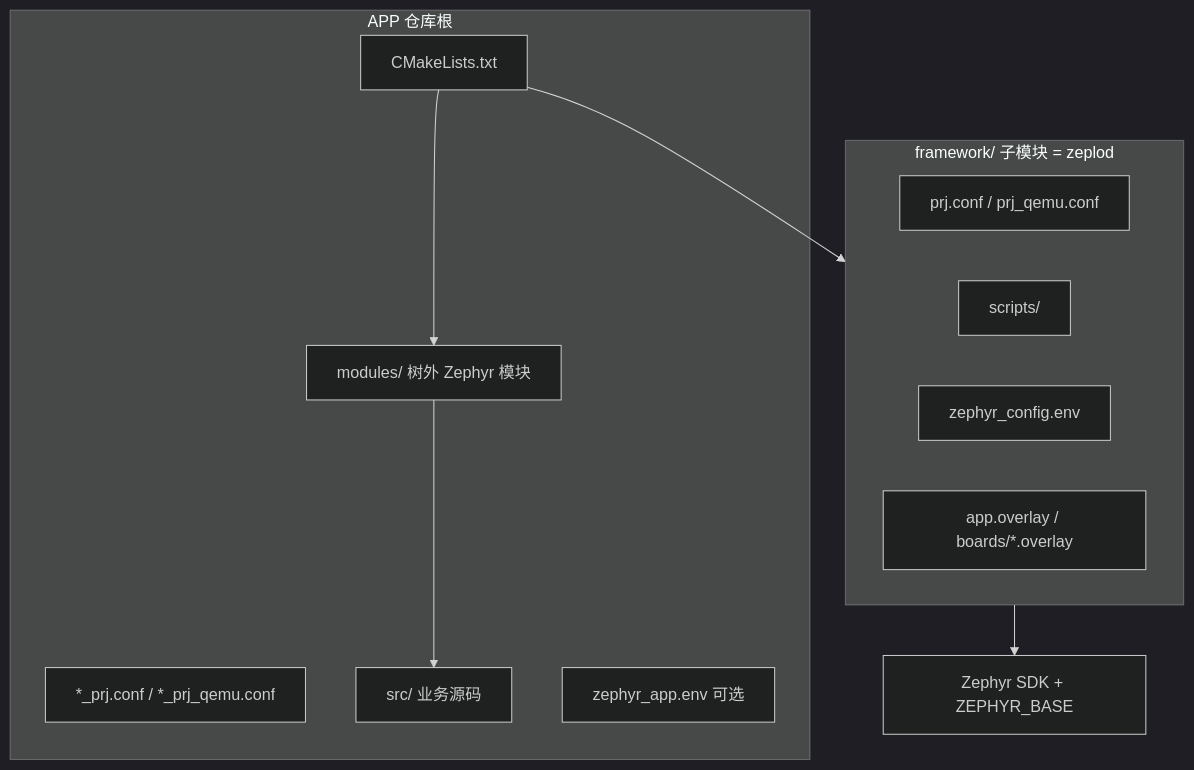
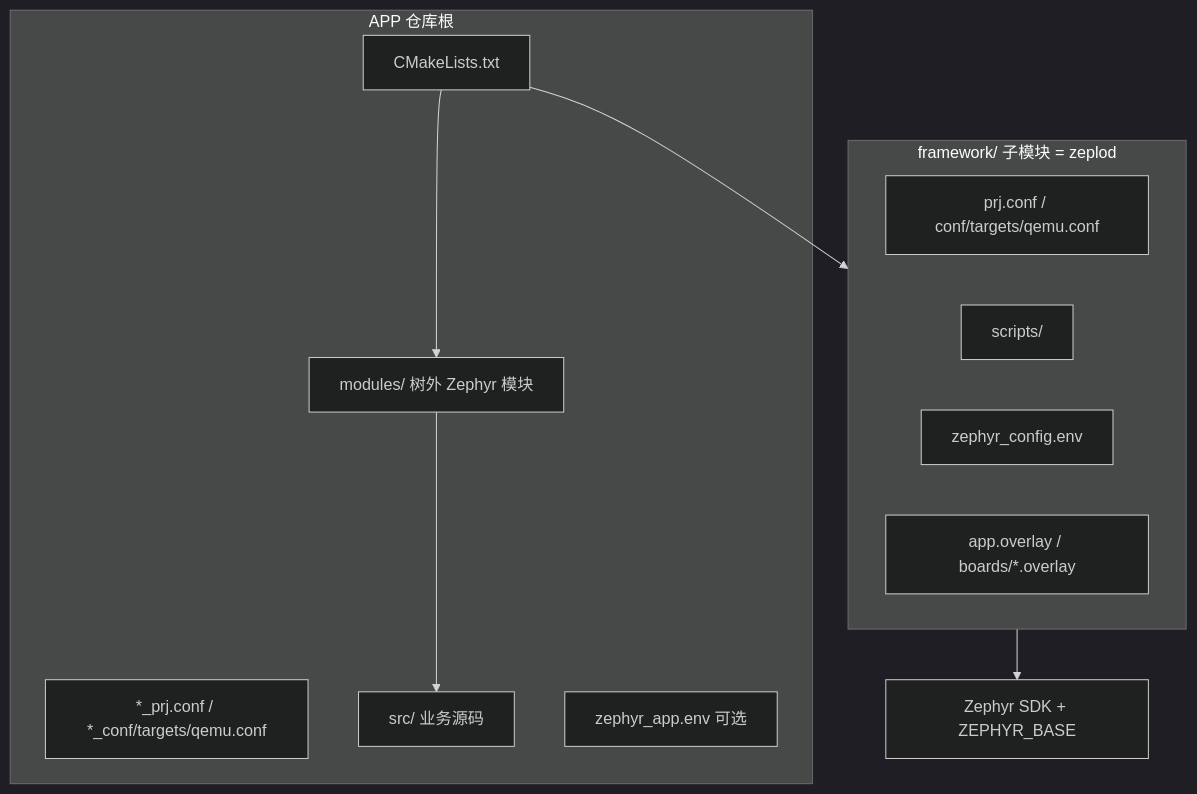
One commit to QZehao/Zeplod changed the diagram in docs/zh-CN/10-环境与构建/15-新建APP开发指南.md. Above: the diagram before and after it, drawn with Mermaid (dark theme). The commit also changed other lines of this file and 49 other files, not shown here.

````diff
--- a/docs/zh-CN/10-环境与构建/15-新建APP开发指南.md
+++ b/docs/zh-CN/10-环境与构建/15-新建APP开发指南.md
@@ -26,21 +26,21 @@
 ```mermaid
 flowchart TB
   subgraph app_repo [APP 仓库根]
     CML[CMakeLists.txt]
-    PRC["*_prj.conf / *_prj_qemu.conf"]
+    PRC["*_prj.conf / *_conf/targets/qemu.conf"]
     SRC[src/ 业务源码]
     MOD[modules/ 树外 Zephyr 模块]
     ENV[zephyr_app.env 可选]
   end
   subgraph fw [framework/ 子模块 = zeplod]
-    FPRJ[prj.conf / prj_qemu.conf]
+    FPRJ[prj.conf / conf/targets/qemu.conf]
     FSCR[scripts/]
     FCFG[zephyr_config.env]
     FOVR[app.overlay / boards/*.overlay]
   end
   ZEPHYR[Zephyr SDK + ZEPHYR_BASE]
   CML --> fw
   CML --> MOD
   fw --> ZEPHYR
   MOD --> SRC
 ```
````
